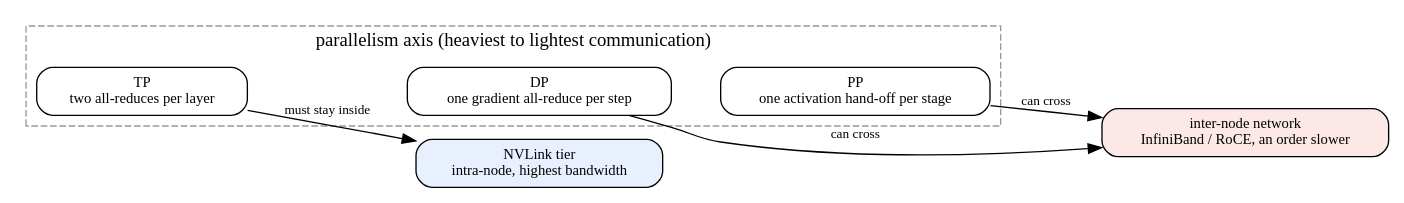
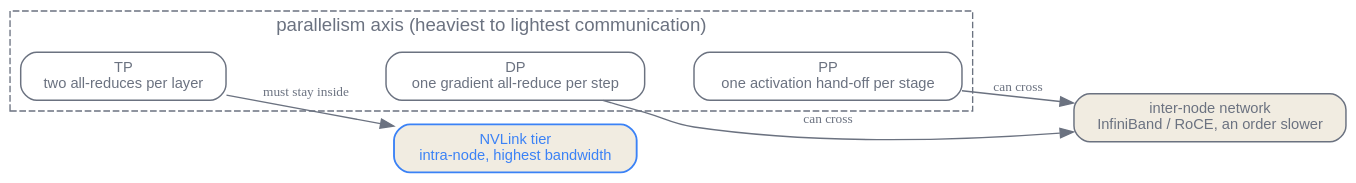
The second of 3 diagrams in en/p7-infrastructure/30-accelerators-networking.qmd (latere-ai/ai-as-an-infrastructure), drawn with Graphviz before and after one commit. The commit also changed other lines of this file and 186 other files, not shown here.

First line of the commit message:
book: visual audit pass on all diagrams and figures

````diff
--- a/en/p7-infrastructure/30-accelerators-networking.qmd
+++ b/en/p7-infrastructure/30-accelerators-networking.qmd
@@ -43,26 +43,31 @@
 ```{dot}
 //| label: fig-accelerators-networking-axis-map
 //| fig-cap: "Parallelism axes ordered by per-step communication volume, each landing on the cheapest tier that can still hide its collective under compute. The bandwidth gap, not convention, assigns TP to NVLink and DP/PP to the inter-node network."
 digraph axis_map {
+  bgcolor="transparent";
+  node [fontname="Helvetica", color="#6b7280", fontcolor="#6b7280", penwidth=1.1];
+  edge [color="#6b7280", fontcolor="#6b7280"];
   rankdir=LR;
   node [shape=box, style=rounded, fontsize=11];
   edge [fontsize=10];
 
   subgraph cluster_axes {
     label="parallelism axis (heaviest to lightest communication)";
     style=dashed;
-    color=gray60;
+    color="#6b7280";
+    fontcolor="#6b7280";
+    fontname="Helvetica";
     TP [label="TP\ntwo all-reduces per layer"];
     DP [label="DP\none gradient all-reduce per step"];
     PP [label="PP\none activation hand-off per stage"];
     TP -> DP -> PP [style=invis];
   }
 
-  NVLink [label="NVLink tier\nintra-node, highest bandwidth", shape=box, style="rounded,filled", fillcolor="#e8f0fe"];
-  Network [label="inter-node network\nInfiniBand / RoCE, an order slower", shape=box, style="rounded,filled", fillcolor="#fde8e8"];
+  NVLink [label="NVLink tier\nintra-node, highest bandwidth", style="rounded,filled", fillcolor="#f1ece1", color="#3b82f6", fontcolor="#3b82f6", penwidth=1.4];
+  Network [label="inter-node network\nInfiniBand / RoCE, an order slower", style="rounded,filled", fillcolor="#f1ece1"];
 
   TP -> NVLink [label="must stay inside"];
   DP -> Network [label="can cross"];
   PP -> Network [label="can cross"];
 }
 ```
````
